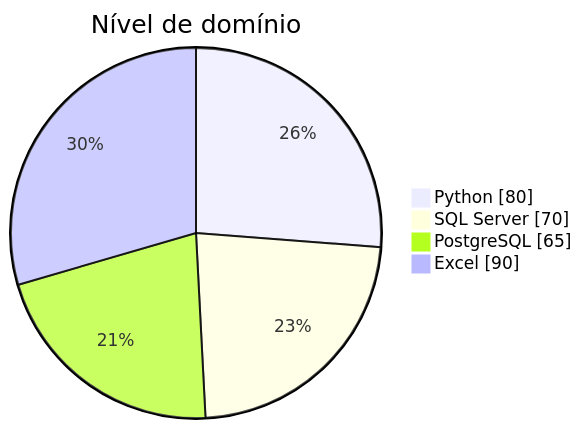
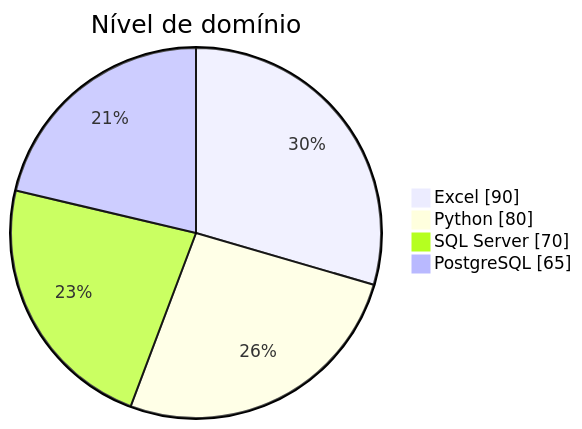
One commit to GiseliirSilva/GiseliirSilva changed the second of 2 diagrams in README.md. Above: the diagram before and after it, drawn with Mermaid. The commit also changed other lines of this file, not shown here.

````diff
--- a/README.md
+++ b/README.md
@@ -57,8 +83,8 @@
 ```mermaid
 pie showData
     title Nível de domínio
+    "Excel" : 90
     "Python" : 80
     "SQL Server" : 70
     "PostgreSQL" : 65
-    "Excel" : 90
 ```
````
